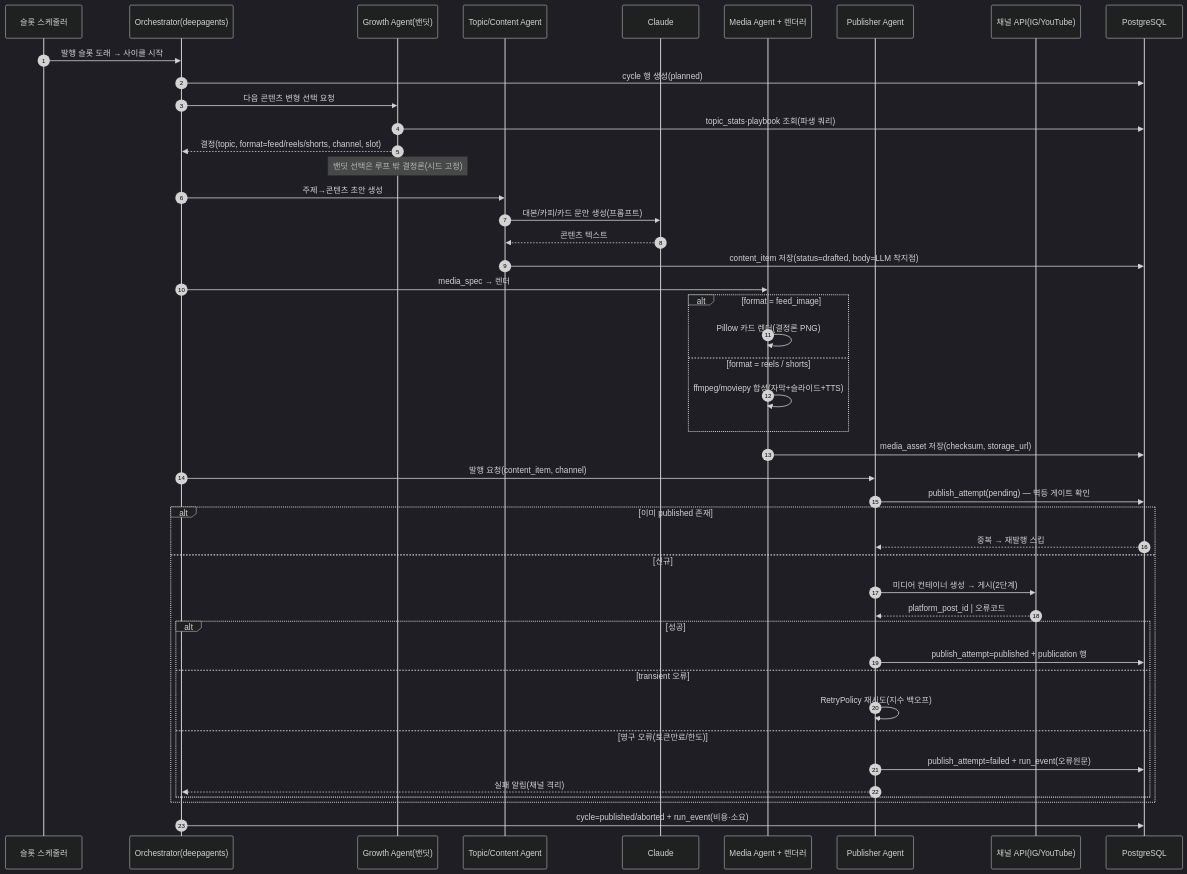
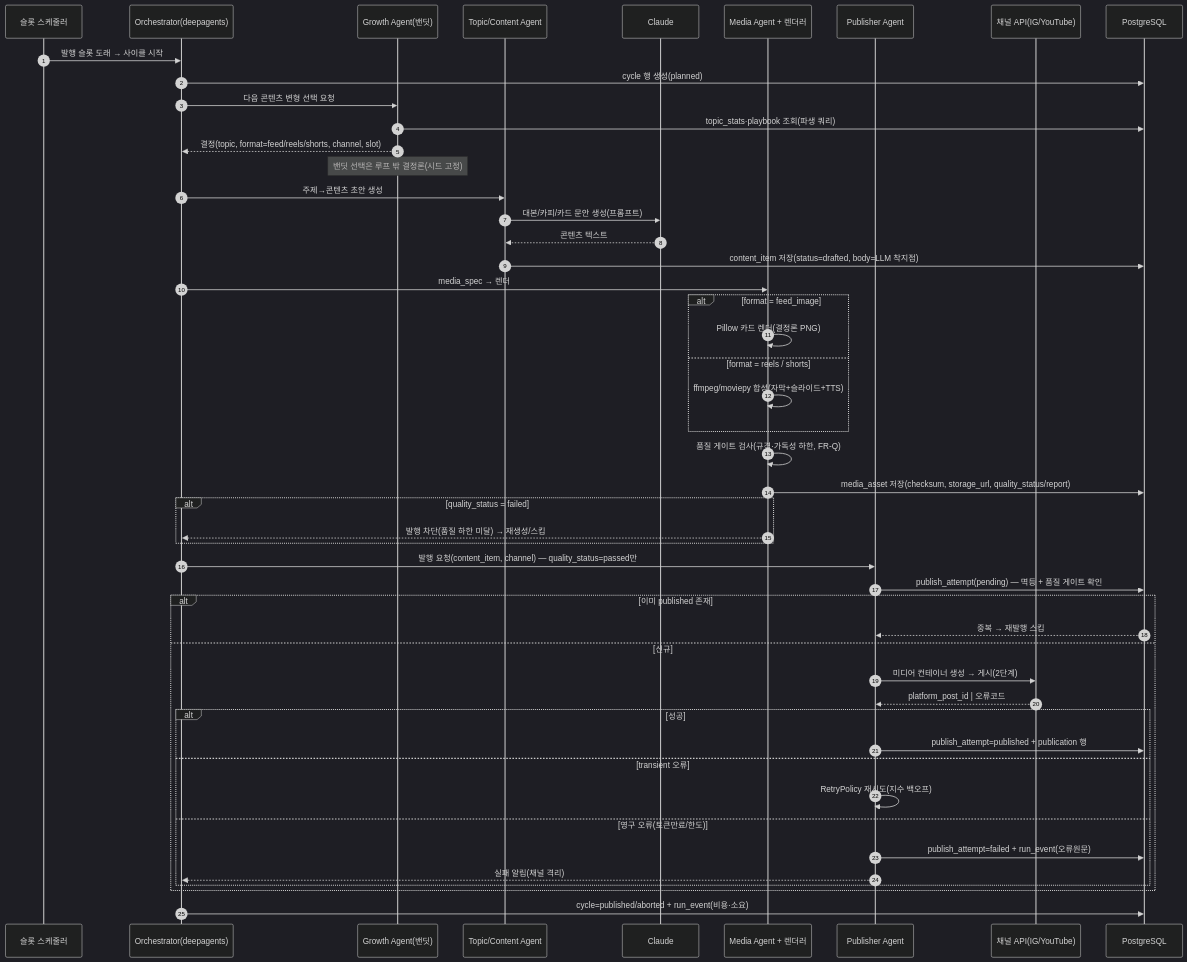
Before and after one commit to Working-youth-squad/multiagent-sns: the diagram in docs/diagrams/publish-cycle-sequence.mermaid, drawn with Mermaid (dark theme). The commit also changed 3 other files, not shown here.

```diff
--- a/docs/diagrams/publish-cycle-sequence.mermaid
+++ b/docs/diagrams/publish-cycle-sequence.mermaid
@@ -1,50 +1,54 @@
 %% multiagent-sns — 발행 사이클 시퀀스 (기획→제작→발행, 멱등 원장)
 sequenceDiagram
     autonumber
     participant SCH as 슬롯 스케줄러
     participant ORCH as Orchestrator(deepagents)
     participant GROW as Growth Agent(밴딧)
     participant TOP as Topic/Content Agent
     participant LLM as Claude
     participant MED as Media Agent + 렌더러
     participant PUB as Publisher Agent
     participant API as 채널 API(IG/YouTube)
     participant DB as PostgreSQL
 
     SCH->>ORCH: 발행 슬롯 도래 → 사이클 시작
     ORCH->>DB: cycle 행 생성(planned)
     ORCH->>GROW: 다음 콘텐츠 변형 선택 요청
     GROW->>DB: topic_stats·playbook 조회(파생 쿼리)
     GROW-->>ORCH: 결정(topic, format=feed/reels/shorts, channel, slot)
     Note over GROW: 밴딧 선택은 루프 밖 결정론(시드 고정)
 
     ORCH->>TOP: 주제→콘텐츠 초안 생성
     TOP->>LLM: 대본/카피/카드 문안 생성(프롬프트)
     LLM-->>TOP: 콘텐츠 텍스트
     TOP->>DB: content_item 저장(status=drafted, body=LLM 착지점)
 
     ORCH->>MED: media_spec → 렌더
     alt format = feed_image
         MED->>MED: Pillow 카드 렌더(결정론 PNG)
     else format = reels / shorts
         MED->>MED: ffmpeg/moviepy 합성(자막+슬라이드+TTS)
     end
-    MED->>DB: media_asset 저장(checksum, storage_url)
+    MED->>MED: 품질 게이트 검사(규격·가독성 하한, FR-Q)
+    MED->>DB: media_asset 저장(checksum, storage_url, quality_status/report)
+    alt quality_status = failed
+        MED-->>ORCH: 발행 차단(품질 하한 미달) → 재생성/스킵
+    end
 
-    ORCH->>PUB: 발행 요청(content_item, channel)
-    PUB->>DB: publish_attempt(pending) — 멱등 게이트 확인
+    ORCH->>PUB: 발행 요청(content_item, channel) — quality_status=passed만
+    PUB->>DB: publish_attempt(pending) — 멱등 + 품질 게이트 확인
     alt 이미 published 존재
         DB-->>PUB: 중복 → 재발행 스킵
     else 신규
         PUB->>API: 미디어 컨테이너 생성 → 게시(2단계)
         API-->>PUB: platform_post_id | 오류코드
         alt 성공
             PUB->>DB: publish_attempt=published + publication 행
         else transient 오류
             PUB->>PUB: RetryPolicy 재시도(지수 백오프)
         else 영구 오류(토큰만료/한도)
             PUB->>DB: publish_attempt=failed + run_event(오류원문)
             PUB-->>ORCH: 실패 알림(채널 격리)
         end
     end
     ORCH->>DB: cycle=published/aborted + run_event(비용·소요)
```
